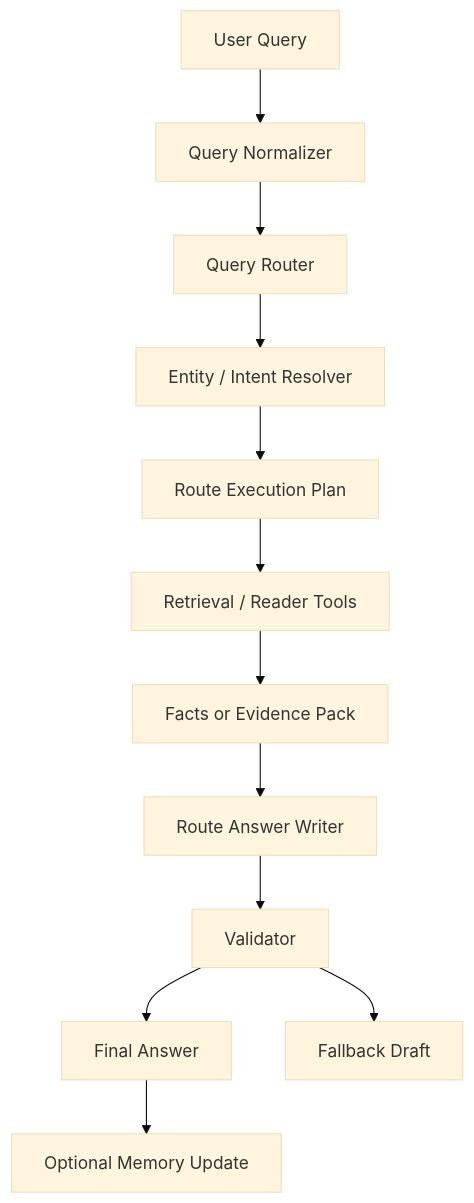
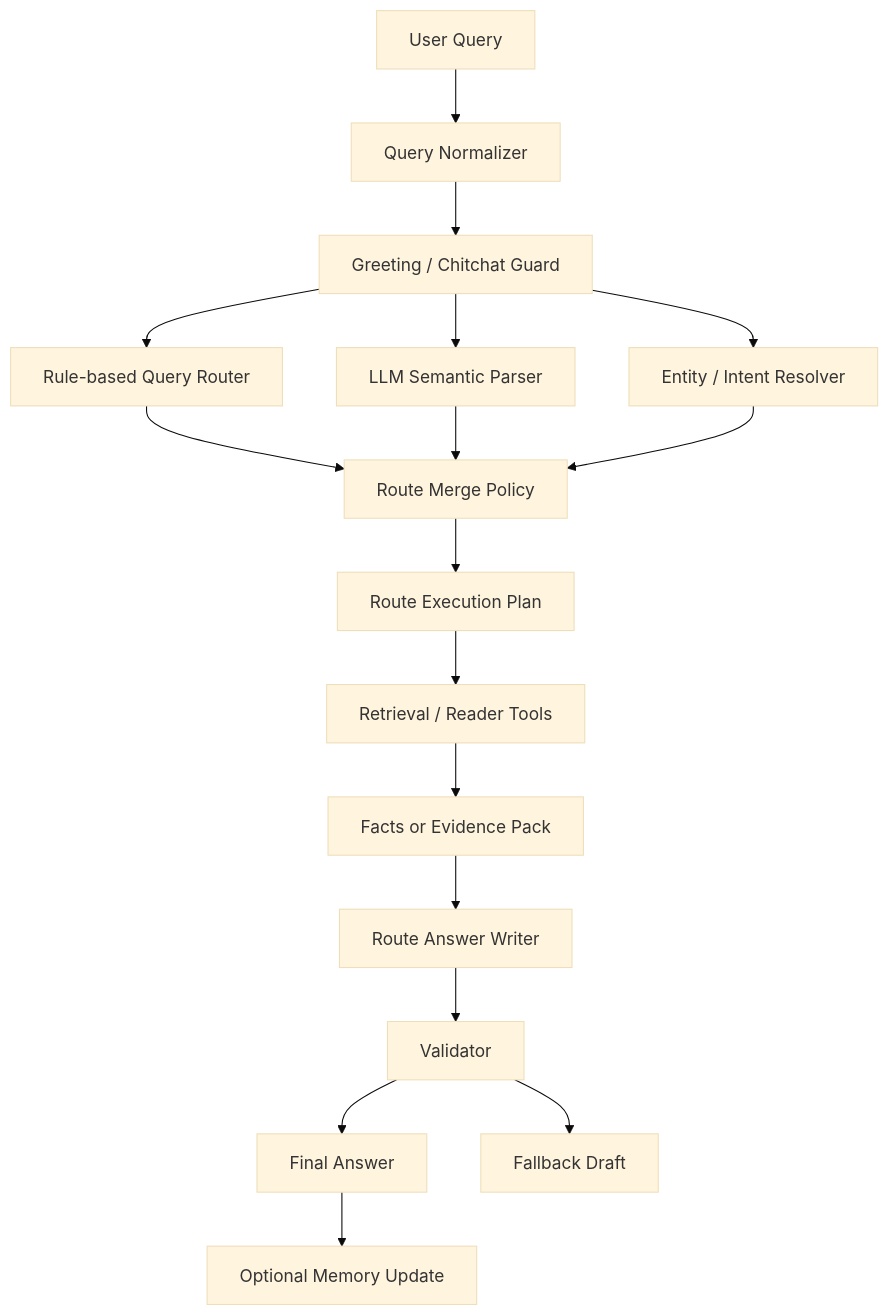
One commit to Min-08/Genshin-Impact-Story-AI changed the diagram in docs/ANSWER_ROUTING_DESIGN.md. Above: the diagram before and after it, drawn with Mermaid (base theme). The commit also changed other lines of this file and 41 other files, not shown here.

````diff
--- a/docs/ANSWER_ROUTING_DESIGN.md
+++ b/docs/ANSWER_ROUTING_DESIGN.md
@@ -45,14 +46,19 @@
 ```mermaid
 flowchart TD
     A["User Query"] --> B["Query Normalizer"]
-    B --> C["Query Router"]
-    C --> D["Entity / Intent Resolver"]
-    D --> E["Route Execution Plan"]
+    B --> B1["Greeting / Chitchat Guard"]
+    B1 --> C["Rule-based Query Router"]
+    B1 --> C2["LLM Semantic Parser"]
+    B1 --> D["Entity / Intent Resolver"]
+    C --> M["Route Merge Policy"]
+    C2 --> M
+    D --> M
+    M --> E["Route Execution Plan"]
     E --> F["Retrieval / Reader Tools"]
     F --> G["Facts or Evidence Pack"]
     G --> H["Route Answer Writer"]
     H --> I["Validator"]
     I --> J["Final Answer"]
     I --> K["Fallback Draft"]
     J --> L["Optional Memory Update"]
 ```
````
